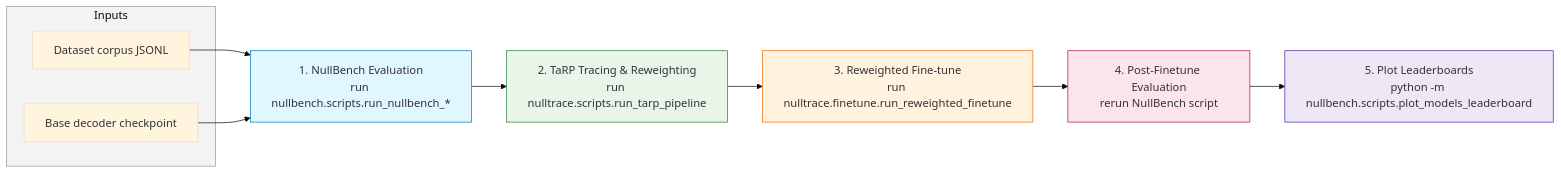
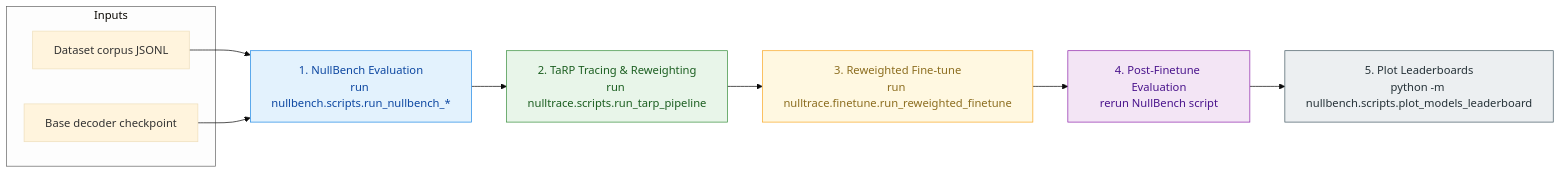
The diagram in docs/tarp_workflow.md (huysuy05/NP-TaR), drawn with Mermaid (base theme) before and after one commit.

````diff
--- a/docs/tarp_workflow.md
+++ b/docs/tarp_workflow.md
@@ -5,22 +5,22 @@
 ```mermaid
 flowchart LR
     subgraph Inputs
         A[Dataset corpus JSONL]
         B[Base decoder checkpoint]
     end
 
     A --> C[1. NullBench Evaluation<br/>run nullbench.scripts.run_nullbench_*]
     B --> C
 
     C --> D[2. TaRP Tracing & Reweighting<br/>run nulltrace.scripts.run_tarp_pipeline]
     D --> E[3. Reweighted Fine-tune<br/>run nulltrace.finetune.run_reweighted_finetune]
     E --> F[4. Post-Finetune Evaluation<br/>rerun NullBench script]
     F --> G[5. Plot Leaderboards<br/>python -m nullbench.scripts.plot_models_leaderboard]
 
-    style Inputs fill:#f3f3f3,stroke:#999
-    style C fill:#e0f7ff,stroke:#0277bd
-    style D fill:#e8f5e9,stroke:#2e7d32
-    style E fill:#fff3e0,stroke:#ef6c00
-    style F fill:#fce4ec,stroke:#ad1457
-    style G fill:#ede7f6,stroke:#4527a0
+    style Inputs fill:#fdfdfd,stroke:#666
+    style C fill:#e3f2fd,stroke:#1e88e5,color:#0d47a1
+    style D fill:#e8f5e9,stroke:#388e3c,color:#1b5e20
+    style E fill:#fff8e1,stroke:#f9a825,color:#8c6d1f
+    style F fill:#f3e5f5,stroke:#8e24aa,color:#4a148c
+    style G fill:#eceff1,stroke:#455a64,color:#263238
 ```
````
